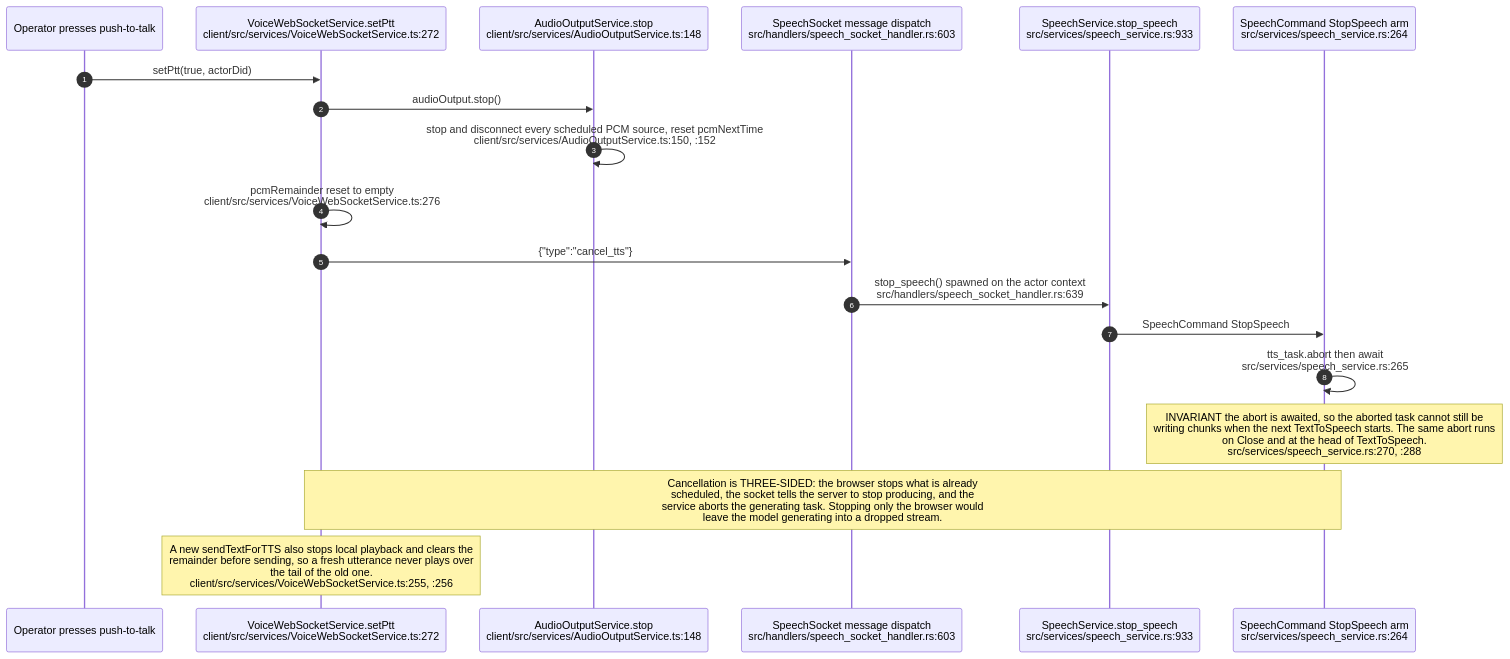
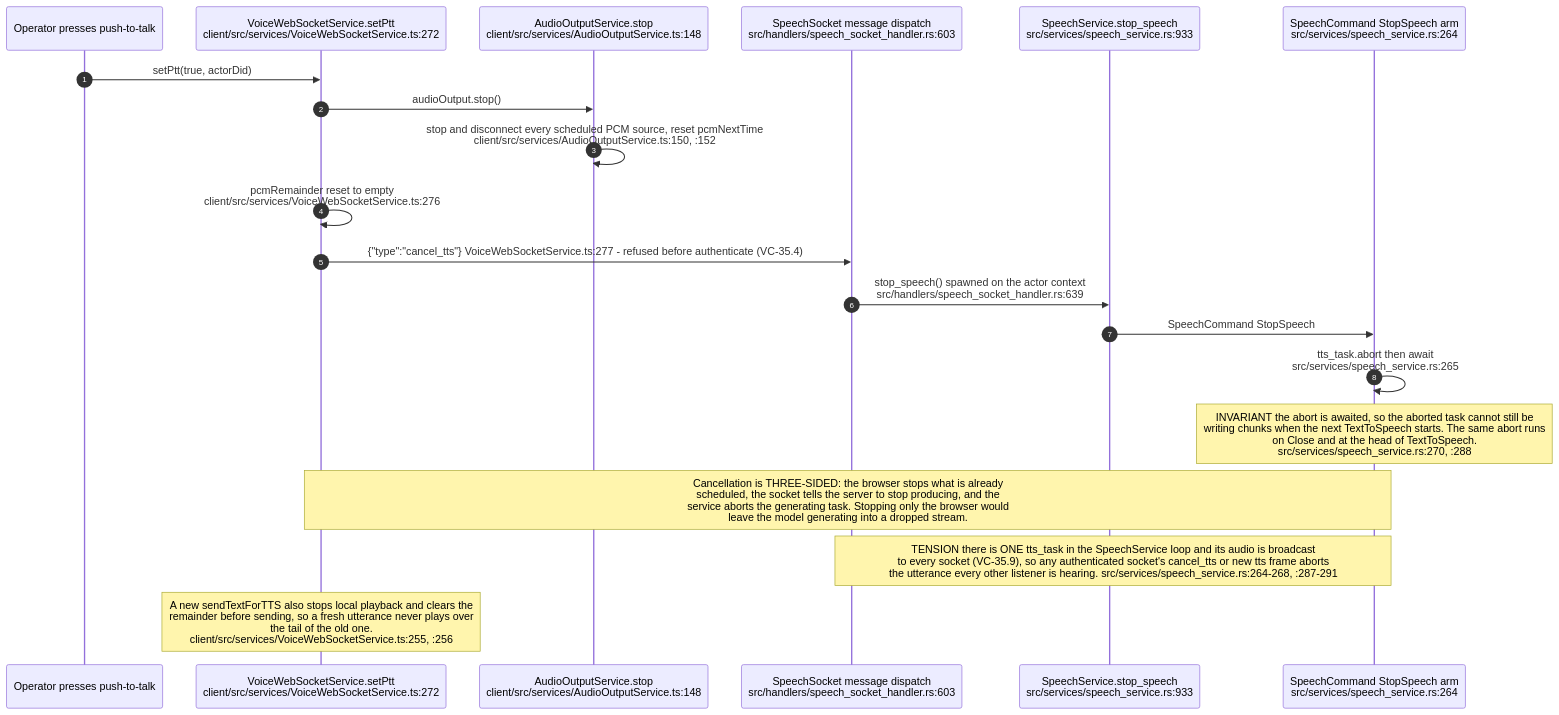
One commit to DreamLab-AI/VisionFlow changed diagram 11 of 12 in docs/diagrams/visionclaw/35-voice-end-to-end.md. Above: the diagram before and after it, drawn with Mermaid. The commit also changed other lines of this file and 173 other files, not shown here.

````diff
--- a/docs/diagrams/visionclaw/35-voice-end-to-end.md
+++ b/docs/diagrams/visionclaw/35-voice-end-to-end.md
@@ -519,22 +562,23 @@
 ```mermaid
 sequenceDiagram
     autonumber
     participant U as Operator presses push-to-talk
     participant VW as VoiceWebSocketService.setPtt<br/>client/src/services/VoiceWebSocketService.ts:272
     participant AO as AudioOutputService.stop<br/>client/src/services/AudioOutputService.ts:148
     participant SS as SpeechSocket message dispatch<br/>src/handlers/speech_socket_handler.rs:603
     participant SP as SpeechService.stop_speech<br/>src/services/speech_service.rs:933
     participant CMD as SpeechCommand StopSpeech arm<br/>src/services/speech_service.rs:264
 
     U->>VW: setPtt(true, actorDid)
     VW->>AO: audioOutput.stop()
     AO->>AO: stop and disconnect every scheduled PCM source, reset pcmNextTime<br/>client/src/services/AudioOutputService.ts:150, :152
     VW->>VW: pcmRemainder reset to empty<br/>client/src/services/VoiceWebSocketService.ts:276
-    VW->>SS: {"type":"cancel_tts"}
+    VW->>SS: {"type":"cancel_tts"} VoiceWebSocketService.ts:277 - refused before authenticate (VC-35.4)
     SS->>SP: stop_speech() spawned on the actor context<br/>src/handlers/speech_socket_handler.rs:639
     SP->>CMD: SpeechCommand StopSpeech
     CMD->>CMD: tts_task.abort then await<br/>src/services/speech_service.rs:265
     Note over CMD: INVARIANT the abort is awaited, so the aborted task cannot still be<br/>writing chunks when the next TextToSpeech starts. The same abort runs<br/>on Close and at the head of TextToSpeech.<br/>src/services/speech_service.rs:270, :288
     Note over VW,CMD: Cancellation is THREE-SIDED: the browser stops what is already<br/>scheduled, the socket tells the server to stop producing, and the<br/>service aborts the generating task. Stopping only the browser would<br/>leave the model generating into a dropped stream.
+    Note over SS,CMD: TENSION there is ONE tts_task in the SpeechService loop and its audio is broadcast<br/>to every socket (VC-35.9), so any authenticated socket's cancel_tts or new tts frame aborts<br/>the utterance every other listener is hearing. src/services/speech_service.rs:264-268, :287-291
     Note over VW: A new sendTextForTTS also stops local playback and clears the<br/>remainder before sending, so a fresh utterance never plays over<br/>the tail of the old one.<br/>client/src/services/VoiceWebSocketService.ts:255, :256
 ```
````
